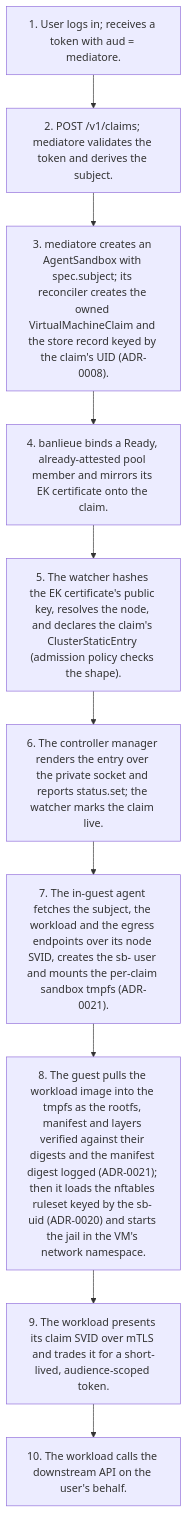
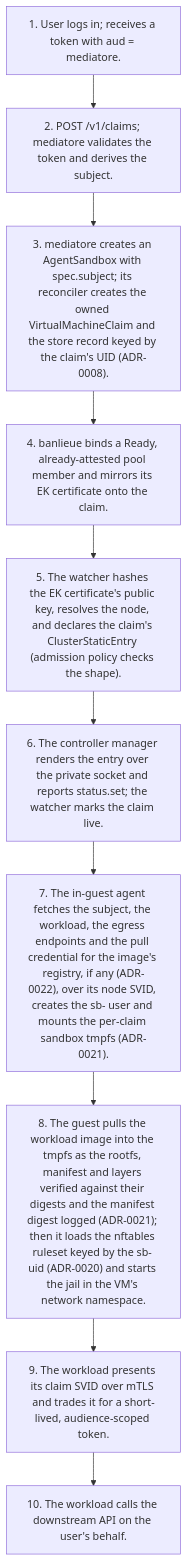
Before and after one commit to firestoned/mediatore: the first of 3 diagrams in docs/architecture/diagrams/flows.md, drawn with Mermaid. The commit also changed 23 other files, not shown here.

Commit message:
feat(broker,guest): registry pull credentials from the broker's config, handed per claim over /v1/me and used by the guest for one pull (ADR-0022); roadmap 06 in progress (#41)

````diff
--- a/docs/architecture/diagrams/flows.md
+++ b/docs/architecture/diagrams/flows.md
@@ -29,14 +29,14 @@
 ```mermaid
 flowchart TD
     t1["1. User logs in; receives a token with aud = mediatore."]
     t2["2. POST /v1/claims; mediatore validates the token and derives the subject."]
     t3["3. mediatore creates an AgentSandbox with spec.subject; its reconciler creates the owned VirtualMachineClaim and the store record keyed by the claim's UID (ADR-0008)."]
     t4["4. banlieue binds a Ready, already-attested pool member and mirrors its EK certificate onto the claim."]
     t5["5. The watcher hashes the EK certificate's public key, resolves the node, and declares the claim's ClusterStaticEntry (admission policy checks the shape)."]
     t6["6. The controller manager renders the entry over the private socket and reports status.set; the watcher marks the claim live."]
-    t7["7. The in-guest agent fetches the subject, the workload and the egress endpoints over its node SVID, creates the sb- user and mounts the per-claim sandbox tmpfs (ADR-0021)."]
+    t7["7. The in-guest agent fetches the subject, the workload, the egress endpoints and the pull credential for the image's registry, if any (ADR-0022), over its node SVID, creates the sb- user and mounts the per-claim sandbox tmpfs (ADR-0021)."]
     t8["8. The guest pulls the workload image into the tmpfs as the rootfs, manifest and layers verified against their digests and the manifest digest logged (ADR-0021); then it loads the nftables ruleset keyed by the sb- uid (ADR-0020) and starts the jail in the VM's network namespace."]
     t9["9. The workload presents its claim SVID over mTLS and trades it for a short-lived, audience-scoped token."]
     t10["10. The workload calls the downstream API on the user's behalf."]
     t1 --> t2 --> t3 --> t4 --> t5 --> t6 --> t7 --> t8 --> t9 --> t10
 ```
````
